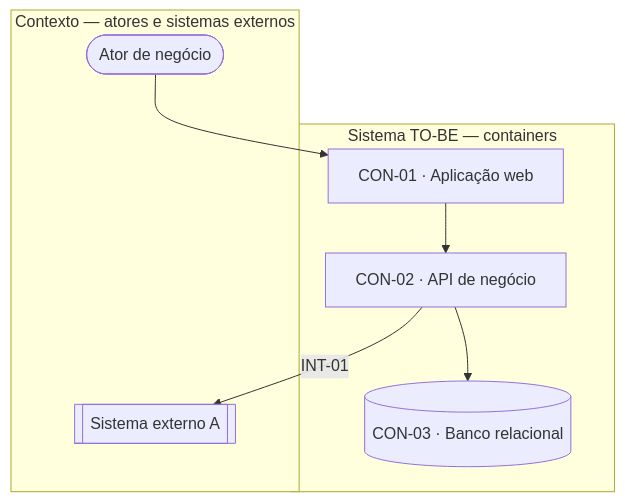
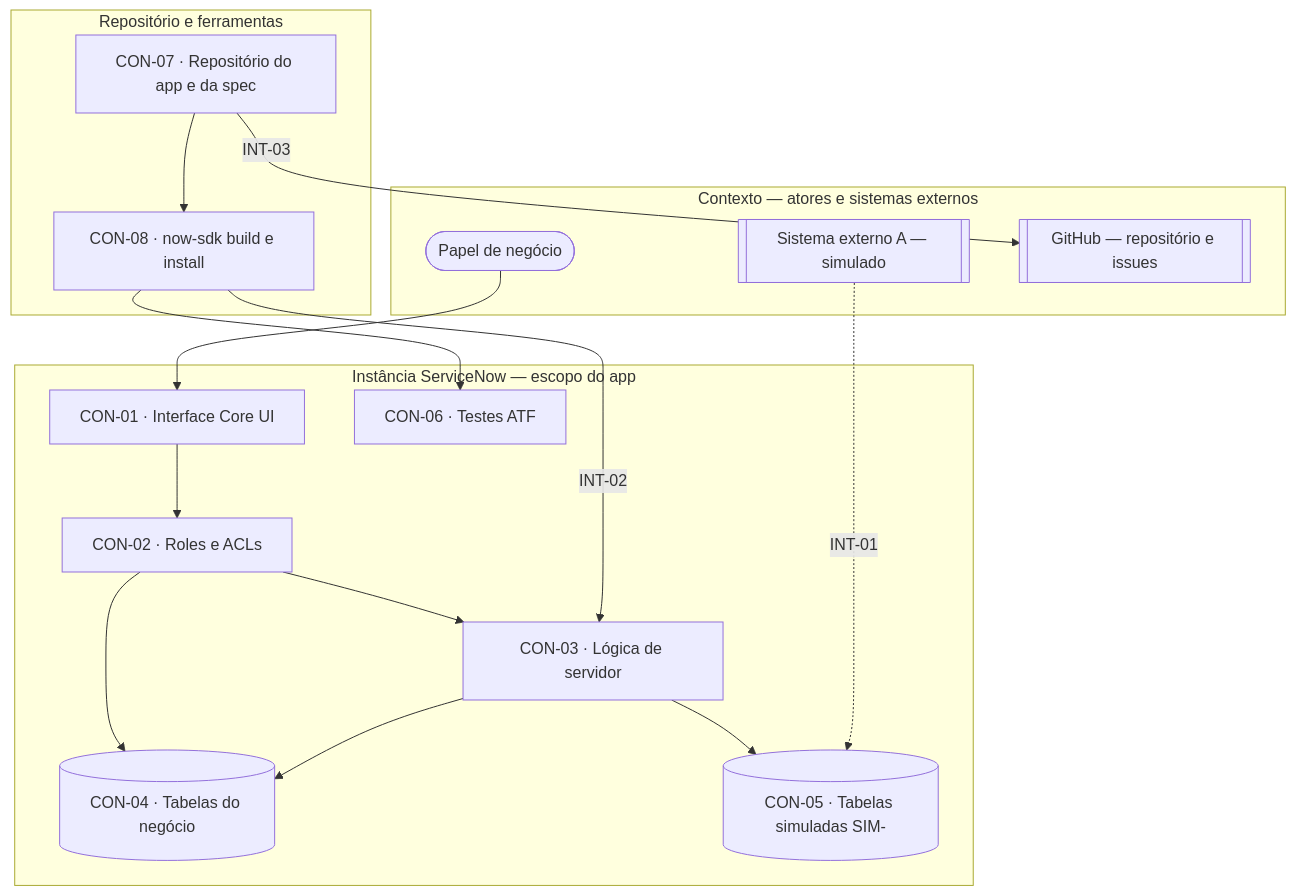
Before and after one commit to arthurleardini/speckit-servicenow: the diagram in .claude/skills/spec-hld/templates/hld.md, drawn with Mermaid. The commit also changed other lines of this file and 44 other files, not shown here.

First line of the commit message:
item 31: conteúdo das skills spec-* adaptado a ServiceNow

````diff
--- a/.claude/skills/spec-hld/templates/hld.md
+++ b/.claude/skills/spec-hld/templates/hld.md
@@ -52,18 +64,34 @@
 ```mermaid
 flowchart TB
     subgraph externo [Contexto — atores e sistemas externos]
-        ator([Ator de negócio])
-        sisA[[Sistema externo A]]
+        ator([Papel de negócio])
+        sisA[[Sistema externo A — simulado]]
+        gh[[GitHub — repositório e issues]]
     end
 
-    subgraph sistema [Sistema TO-BE — containers]
-        web["CON-01 · Aplicação web"]
-        api["CON-02 · API de negócio"]
-        db[("CON-03 · Banco relacional")]
+    subgraph instancia [Instância ServiceNow — escopo do app]
+        ui["CON-01 · Interface Core UI"]
+        acl["CON-02 · Roles e ACLs"]
+        logica["CON-03 · Lógica de servidor"]
+        dados[("CON-04 · Tabelas do negócio")]
+        sim[("CON-05 · Tabelas simuladas SIM-")]
+        atf["CON-06 · Testes ATF"]
     end
 
-    ator --> web
-    web --> api
-    api --> db
-    api -->|INT-01| sisA
+    subgraph repo [Repositório e ferramentas]
+        git["CON-07 · Repositório do app e da spec"]
+        sdk["CON-08 · now-sdk build e install"]
+    end
+
+    ator --> ui
+    ui --> acl
+    acl --> dados
+    acl --> logica
+    logica --> dados
+    logica --> sim
+    sisA -.->|INT-01| sim
+    git --> sdk
+    sdk -->|INT-02| logica
+    sdk --> atf
+    git -->|INT-03| gh
 ```
````
